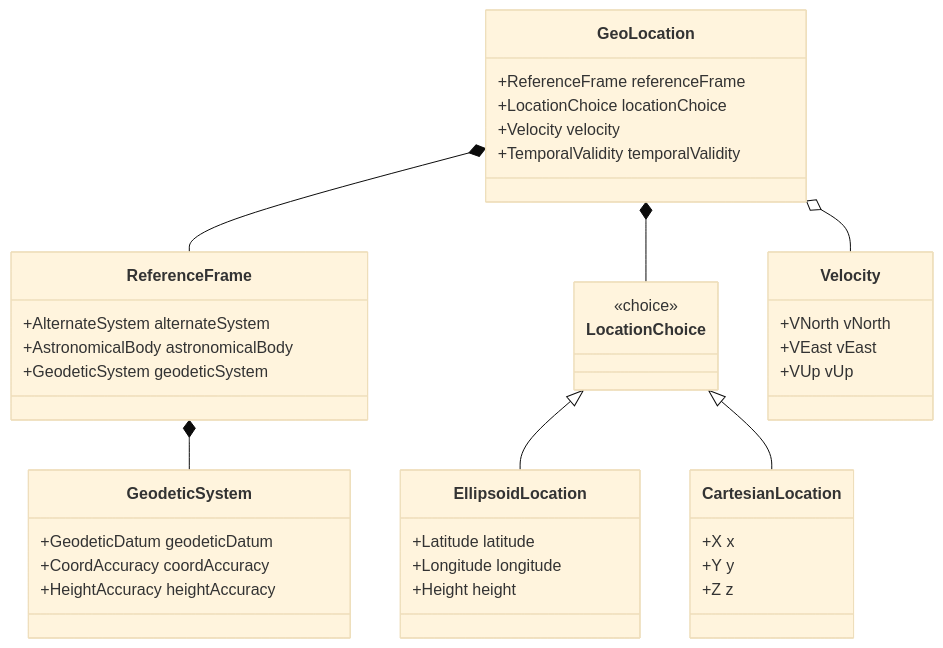
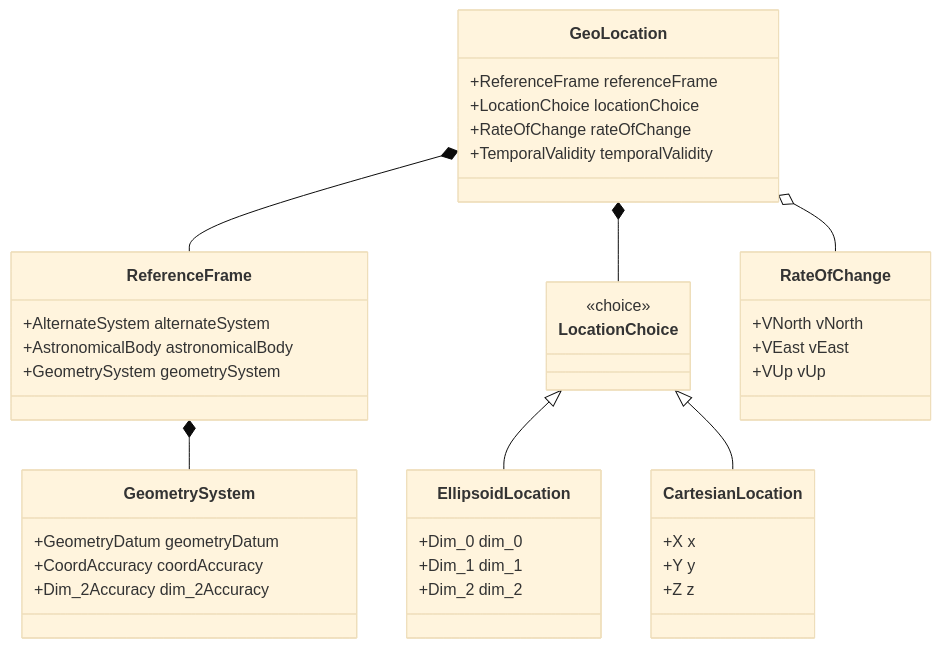
The first of 2 diagrams in docs/designs/feat-epic-template-mandate-plan.md (gintatkinson/digital-pipeline-repo), drawn with Mermaid (base theme) before and after one commit. The commit also changed 36 other files, not shown here.

````diff
--- a/docs/designs/feat-epic-template-mandate-plan.md
+++ b/docs/designs/feat-epic-template-mandate-plan.md
@@ -25,43 +25,43 @@
    ```mermaid
    classDiagram
        class GeoLocation {
            +ReferenceFrame referenceFrame
            +LocationChoice locationChoice
-           +Velocity velocity
+           +RateOfChange rateOfChange
            +TemporalValidity temporalValidity
        }
        class ReferenceFrame {
            +AlternateSystem alternateSystem
            +AstronomicalBody astronomicalBody
-           +GeodeticSystem geodeticSystem
+           +GeometrySystem geometrySystem
        }
-       class GeodeticSystem {
-           +GeodeticDatum geodeticDatum
+       class GeometrySystem {
+           +GeometryDatum geometryDatum
            +CoordAccuracy coordAccuracy
-           +HeightAccuracy heightAccuracy
+           +Dim_2Accuracy dim_2Accuracy
        }
        class LocationChoice {
            <<choice>>
        }
        class EllipsoidLocation {
-           +Latitude latitude
-           +Longitude longitude
-           +Height height
+           +Dim_0 dim_0
+           +Dim_1 dim_1
+           +Dim_2 dim_2
        }
        class CartesianLocation {
            +X x
            +Y y
            +Z z
        }
-       class Velocity {
+       class RateOfChange {
            +VNorth vNorth
            +VEast vEast
            +VUp vUp
        }
        GeoLocation *-- ReferenceFrame
-       ReferenceFrame *-- GeodeticSystem
+       ReferenceFrame *-- GeometrySystem
        LocationChoice <|-- EllipsoidLocation
        LocationChoice <|-- CartesianLocation
        GeoLocation *-- LocationChoice
-       GeoLocation o-- Velocity
+       GeoLocation o-- RateOfChange
    ```
````
